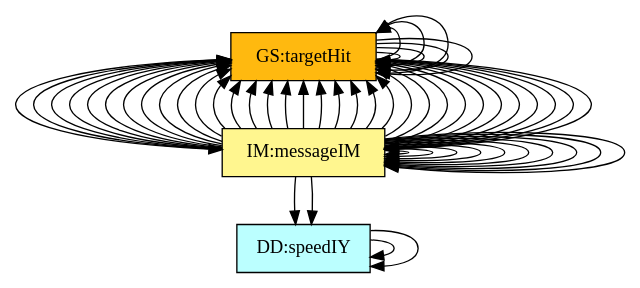
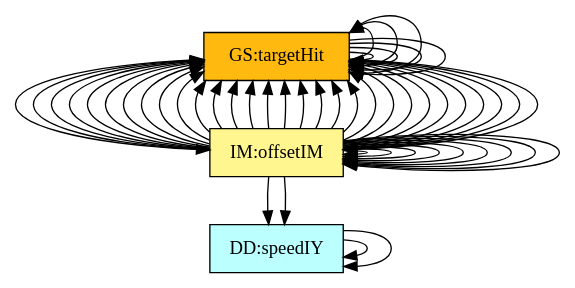
One commit to JacquesCarette/Drasil changed the diagram in code/stable/projectile/TraceyGraph/allvsall.dot. Above: the diagram before and after it, drawn with Graphviz. The commit also changed 66 other files, not shown here.

Commit message:
Remove Projectile's output message IM

```diff
--- a/code/stable/projectile/TraceyGraph/allvsall.dot
+++ b/code/stable/projectile/TraceyGraph/allvsall.dot
@@ -1,139 +1,134 @@
 digraph allvsall {
 	instance:cartSyst -> instance:neglectCurv;
 	instance:targetXAxis -> instance:neglectCurv;
 	instance:constAccel -> instance:accelXZero;
 	instance:constAccel -> instance:accelYGravity;
 	instance:constAccel -> instance:neglectDrag;
 	instance:constAccel -> instance:freeFlight;
 	instance:accelYGravity -> instance:yAxisGravity;
 	dataDefn:ixVel -> dataDefn:speed;
 	dataDefn:iyVel -> dataDefn:speed;
 	theory:projSpeed -> instance:pointMass;
 	theory:projSpeed -> instance:timeStartZero;
 	theory:projSpeed -> theory:accelerationTM;
 	theory:projPos -> instance:pointMass;
 	theory:projPos -> instance:timeStartZero;
 	theory:projPos -> theory:velocityTM;
 	theory:projPos -> theory:projSpeed;
 	theory:velocity -> instance:twoDMotion;
 	theory:velocity -> instance:cartSyst;
 	theory:velocity -> instance:constAccel;
 	theory:velocity -> instance:timeStartZero;
 	theory:velocity -> theory:projSpeed;
 	theory:position -> instance:twoDMotion;
 	theory:position -> instance:cartSyst;
 	theory:position -> instance:constAccel;
 	theory:position -> instance:timeStartZero;
 	theory:position -> theory:projPos;
 	theory:flightduration -> instance:yAxisGravity;
 	theory:flightduration -> instance:launchOrigin;
 	theory:flightduration -> instance:targetXAxis;
 	theory:flightduration -> instance:posXDirection;
 	theory:flightduration -> instance:accelYGravity;
 	theory:flightduration -> instance:timeStartZero;
 	theory:flightduration -> instance:gravAccelValue;
 	theory:flightduration -> dataDefn:iyVel;
 	theory:flightduration -> theory:position;
 	theory:landingposition -> instance:yAxisGravity;
 	theory:landingposition -> instance:launchOrigin;
 	theory:landingposition -> instance:posXDirection;
 	theory:landingposition -> instance:accelXZero;
 	theory:landingposition -> instance:gravAccelValue;
 	theory:landingposition -> dataDefn:ixVel;
 	theory:landingposition -> theory:position;
 	theory:landingposition -> theory:flightduration;
 	theory:offset -> instance:posXDirection;
 	theory:offset -> theory:landingposition;
-	theory:outputMessage -> instance:posXDirection;
-	theory:outputMessage -> theory:offset;
 	instance:calcValues -> theory:flightduration;
 	instance:calcValues -> theory:landingposition;
 	instance:calcValues -> theory:offset;
-	instance:calcValues -> theory:outputMessage;
 	instance:outputValues -> theory:flightduration;
 	instance:outputValues -> theory:offset;
-	instance:outputValues -> theory:outputMessage;
 
 
 	instance:twoDMotion	[shape=box, color=black, style=filled, fillcolor=mistyrose, label="A:twoDMotion"];
 	instance:cartSyst	[shape=box, color=black, style=filled, fillcolor=mistyrose, label="A:cartSyst"];
 	instance:yAxisGravity	[shape=box, color=black, style=filled, fillcolor=mistyrose, label="A:yAxisGravity"];
 	instance:launchOrigin	[shape=box, color=black, style=filled, fillcolor=mistyrose, label="A:launchOrigin"];
 	instance:targetXAxis	[shape=box, color=black, style=filled, fillcolor=mistyrose, label="A:targetXAxis"];
 	instance:posXDirection	[shape=box, color=black, style=filled, fillcolor=mistyrose, label="A:posXDirection"];
 	instance:constAccel	[shape=box, color=black, style=filled, fillcolor=mistyrose, label="A:constAccel"];
 	instance:accelXZero	[shape=box, color=black, style=filled, fillcolor=mistyrose, label="A:accelXZero"];
 	instance:accelYGravity	[shape=box, color=black, style=filled, fillcolor=mistyrose, label="A:accelYGravity"];
 	instance:neglectDrag	[shape=box, color=black, style=filled, fillcolor=mistyrose, label="A:neglectDrag"];
 	instance:pointMass	[shape=box, color=black, style=filled, fillcolor=mistyrose, label="A:pointMass"];
 	instance:freeFlight	[shape=box, color=black, style=filled, fillcolor=mistyrose, label="A:freeFlight"];
 	instance:neglectCurv	[shape=box, color=black, style=filled, fillcolor=mistyrose, label="A:neglectCurv"];
 	instance:timeStartZero	[shape=box, color=black, style=filled, fillcolor=mistyrose, label="A:timeStartZero"];
 	instance:gravAccelValue	[shape=box, color=black, style=filled, fillcolor=mistyrose, label="A:gravAccelValue"];
 
 	subgraph A {
 	rank="same"
 	{instance:twoDMotion, instance:cartSyst, instance:yAxisGravity, instance:launchOrigin, instance:targetXAxis, instance:posXDirection, instance:constAccel, instance:accelXZero, instance:accelYGravity, instance:neglectDrag, instance:pointMass, instance:freeFlight, instance:neglectCurv, instance:timeStartZero, instance:gravAccelValue}
 	}
 
 	dataDefn:speed	[shape=box, color=black, style=filled, fillcolor=paleturquoise1, label="DD:vecMag"];
 	dataDefn:ixVel	[shape=box, color=black, style=filled, fillcolor=paleturquoise1, label="DD:speedIX"];
 	dataDefn:iyVel	[shape=box, color=black, style=filled, fillcolor=paleturquoise1, label="DD:speedIY"];
 
 	subgraph DD {
 	rank="same"
 	{dataDefn:speed, dataDefn:ixVel, dataDefn:iyVel}
 	}
 
 	theory:accelerationTM	[shape=box, color=black, style=filled, fillcolor=pink, label="TM:acceleration"];
 	theory:velocityTM	[shape=box, color=black, style=filled, fillcolor=pink, label="TM:velocity"];
 
 	subgraph TM {
 	rank="same"
 	{theory:accelerationTM, theory:velocityTM}
 	}
 
 	theory:projSpeed	[shape=box, color=black, style=filled, fillcolor=palegreen, label="GD:rectVel"];
 	theory:projPos	[shape=box, color=black, style=filled, fillcolor=palegreen, label="GD:rectPos"];
 	theory:velocity	[shape=box, color=black, style=filled, fillcolor=palegreen, label="GD:velVec"];
 	theory:position	[shape=box, color=black, style=filled, fillcolor=palegreen, label="GD:posVec"];
 
 	subgraph GD {
 	rank="same"
 	{theory:projSpeed, theory:projPos, theory:velocity, theory:position}
 	}
 
 	theory:flightduration	[shape=box, color=black, style=filled, fillcolor=khaki1, label="IM:calOfLandingTime"];
 	theory:landingposition	[shape=box, color=black, style=filled, fillcolor=khaki1, label="IM:calOfLandingDist"];
 	theory:offset	[shape=box, color=black, style=filled, fillcolor=khaki1, label="IM:offsetIM"];
-	theory:outputMessage	[shape=box, color=black, style=filled, fillcolor=khaki1, label="IM:messageIM"];
 
 	subgraph IM {
 	rank="same"
-	{theory:flightduration, theory:landingposition, theory:offset, theory:outputMessage}
+	{theory:flightduration, theory:landingposition, theory:offset}
 	}
 
 	instance:correct	[shape=box, color=black, style=filled, fillcolor=ivory, label="NFR:correct"];
 	instance:verifiable	[shape=box, color=black, style=filled, fillcolor=ivory, label="NFR:verifiable"];
 	instance:understandable	[shape=box, color=black, style=filled, fillcolor=ivory, label="NFR:understandable"];
 	instance:reusable	[shape=box, color=black, style=filled, fillcolor=ivory, label="NFR:reusable"];
 	instance:maintainable	[shape=box, color=black, style=filled, fillcolor=ivory, label="NFR:maintainable"];
 	instance:portable	[shape=box, color=black, style=filled, fillcolor=ivory, label="NFR:portable"];
 	instance:inputValues	[shape=box, color=black, style=filled, fillcolor=ivory, label="FR:inputValues"];
 	instance:verifyInVals	[shape=box, color=black, style=filled, fillcolor=ivory, label="FR:verifyInVals"];
 	instance:calcValues	[shape=box, color=black, style=filled, fillcolor=ivory, label="FR:calcValues"];
 	instance:outputValues	[shape=box, color=black, style=filled, fillcolor=ivory, label="FR:outputValues"];
 
 	subgraph NFR {
 	rank="same"
 	{instance:correct, instance:verifiable, instance:understandable, instance:reusable, instance:maintainable, instance:portable, instance:inputValues, instance:verifyInVals, instance:calcValues, instance:outputValues}
 	}
 
 	instance:targetHit	[shape=box, color=black, style=filled, fillcolor=darkgoldenrod1, label="GS:targetHit"];
 
 	subgraph GS {
 	rank="same"
 	{instance:targetHit}
 	}
 
 }
```
